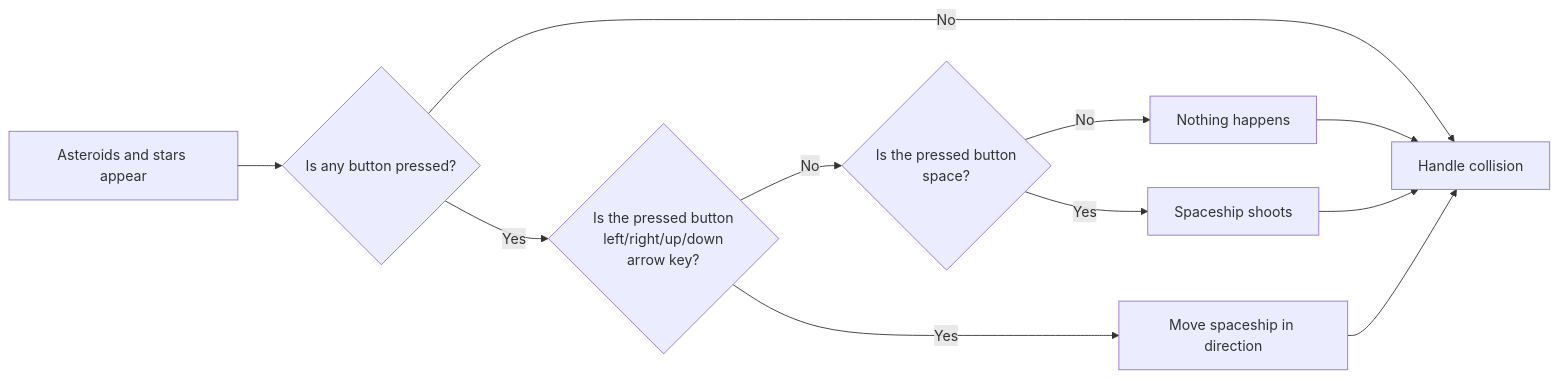
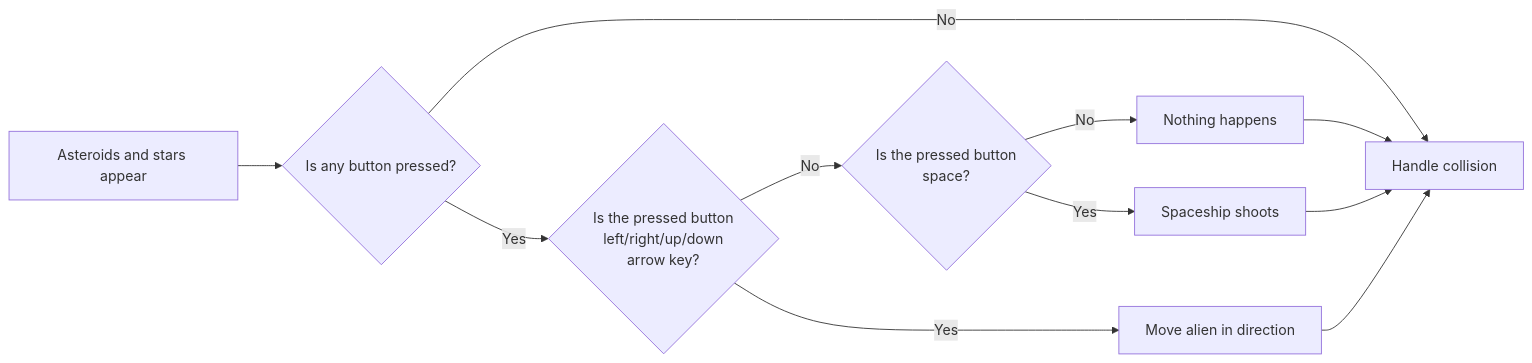
The second of 3 diagrams in README.md (StrangerDeer/cpp-space-invader), drawn with Mermaid before and after one commit. The commit also changed other lines of this file and 6 other files, not shown here.

Commit message:
make alien move into the screen, add texture

````diff
--- a/README.md
+++ b/README.md
@@ -46,27 +46,27 @@
 ```mermaid
 flowchart LR
 
 meteoresAppear[Asteroids and stars appear]
 handleTouch[Handle collision]
 isPressedButton{Is any button pressed?}
 isMove{Is the pressed button
       left/right/up/down
       arrow key?}
-spaceshipMove[Move spaceship in direction]
+spaceshipMove[Move alien in direction]
 isSpaceShot{Is the pressed button
             space?}
 spaceshipShot[Spaceship shoots]
 nothing[Nothing happens]
 
 meteoresAppear --> isPressedButton
 isPressedButton --> |No| handleTouch
 isPressedButton --> |Yes| isMove
 isMove --> |Yes| spaceshipMove
 isMove --> |No| isSpaceShot
 isSpaceShot --> |Yes| spaceshipShot
 isSpaceShot --> |No| nothing
 nothing --> handleTouch
 spaceshipShot --> handleTouch
 spaceshipMove --> handleTouch
 
 ```
````
